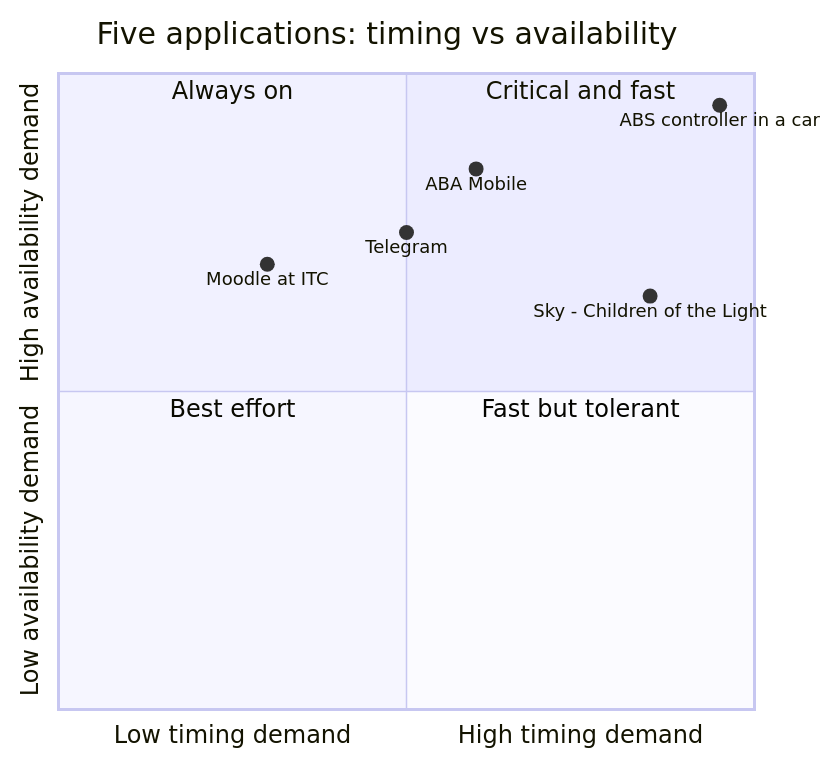
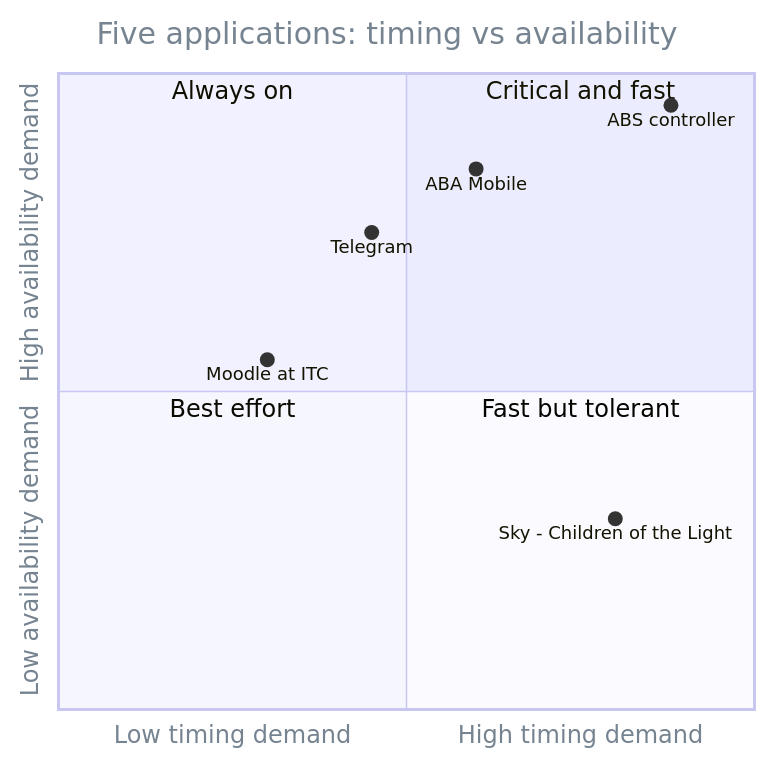
The diagram in lab02/app-quadrant.mmd (Chum-Sovanthavrak/clubhub-steavinmotion), drawn with Mermaid before and after one commit. The commit also changed 1 other file, not shown here.

Commit message:
Lab-02 task 1: fixed and finalized app-quadrant.md

```diff
--- a/lab02/app-quadrant.mmd
+++ b/lab02/app-quadrant.mmd
@@ -1,13 +1,18 @@
+%%{init: {"themeVariables": {
+  "quadrantTitleFill": "#768390",
+  "quadrantXAxisTextFill": "#768390",
+  "quadrantYAxisTextFill": "#768390"
+}}}%%
 quadrantChart
     title Five applications: timing vs availability
     x-axis Low timing demand --> High timing demand
     y-axis Low availability demand --> High availability demand
     quadrant-1 Critical and fast
     quadrant-2 Always on
     quadrant-3 Best effort
     quadrant-4 Fast but tolerant
-    Telegram: [0.50, 0.75]
+    Telegram: [0.45, 0.75]
     ABA Mobile: [0.60, 0.85]
-    ABS controller in a car: [0.95, 0.95]
-    Moodle at ITC: [0.30, 0.70]
-    Sky - Children of the Light: [0.85, 0.65]
+    ABS controller: [0.88, 0.95]
+    Moodle at ITC: [0.30, 0.55]
+    Sky - Children of the Light: [0.80, 0.30]
```
